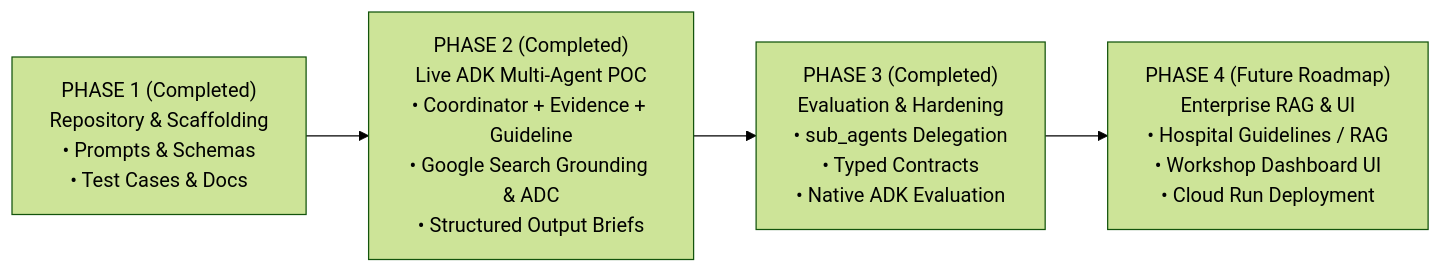
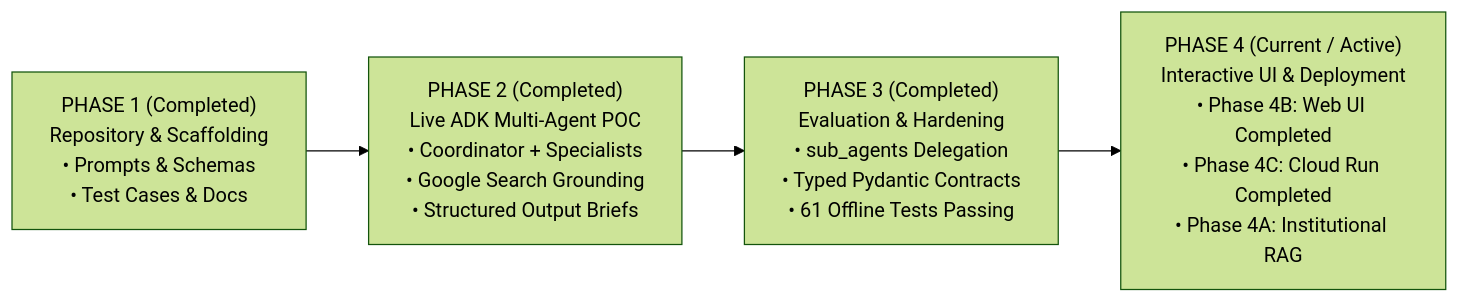
The second of 2 diagrams in docs/architecture.md (devenes/surgical-ai-agents), drawn with Mermaid (forest theme) before and after one commit. The commit also changed other lines of this file and 56 other files, not shown here.

First line of the commit message:
Add Turkish docs and offline workshop tooling

````diff
--- a/docs/architecture.md
+++ b/docs/architecture.md
@@ -100,9 +106,9 @@
 ```mermaid
 flowchart LR
     P1["PHASE 1 (Completed)<br/>Repository & Scaffolding<br/>• Prompts & Schemas<br/>• Test Cases & Docs"]
-    P2["PHASE 2 (Completed)<br/>Live ADK Multi-Agent POC<br/>• Coordinator + Evidence + Guideline<br/>• Google Search Grounding & ADC<br/>• Structured Output Briefs"]
-    P3["PHASE 3 (Completed)<br/>Evaluation & Hardening<br/>• sub_agents Delegation<br/>• Typed Contracts<br/>• Native ADK Evaluation"]
-    P4["PHASE 4 (Future Roadmap)<br/>Enterprise RAG & UI<br/>• Hospital Guidelines / RAG<br/>• Workshop Dashboard UI<br/>• Cloud Run Deployment"]
+    P2["PHASE 2 (Completed)<br/>Live ADK Multi-Agent POC<br/>• Coordinator + Specialists<br/>• Google Search Grounding<br/>• Structured Output Briefs"]
+    P3["PHASE 3 (Completed)<br/>Evaluation & Hardening<br/>• sub_agents Delegation<br/>• Typed Pydantic Contracts<br/>• 61 Offline Tests Passing"]
+    P4["PHASE 4 (Current / Active)<br/>Interactive UI & Deployment<br/>• Phase 4B: Web UI Completed<br/>• Phase 4C: Cloud Run Completed<br/>• Phase 4A: Institutional RAG"]
     
     P1 --> P2 --> P3 --> P4
 ```
````
